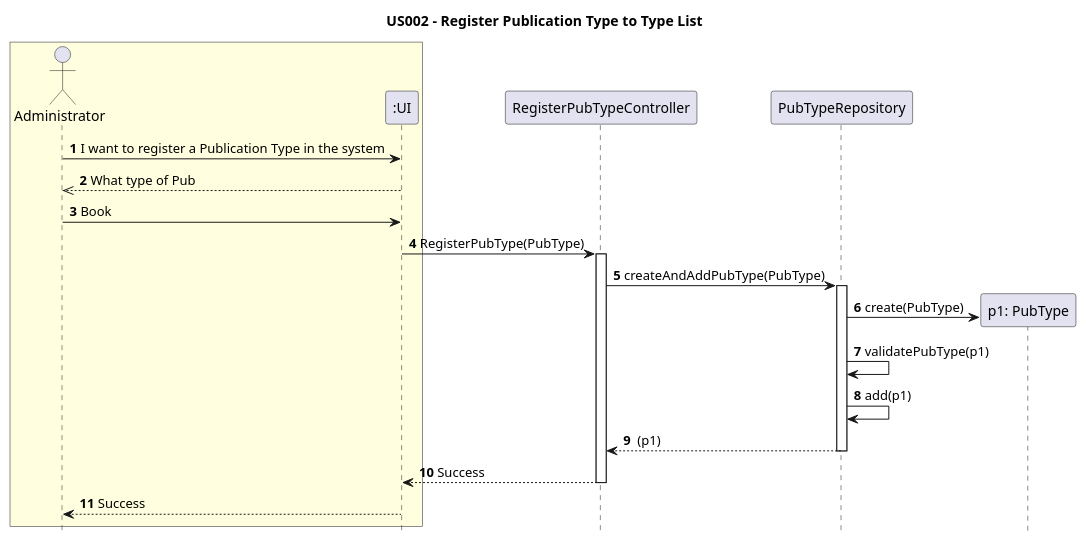
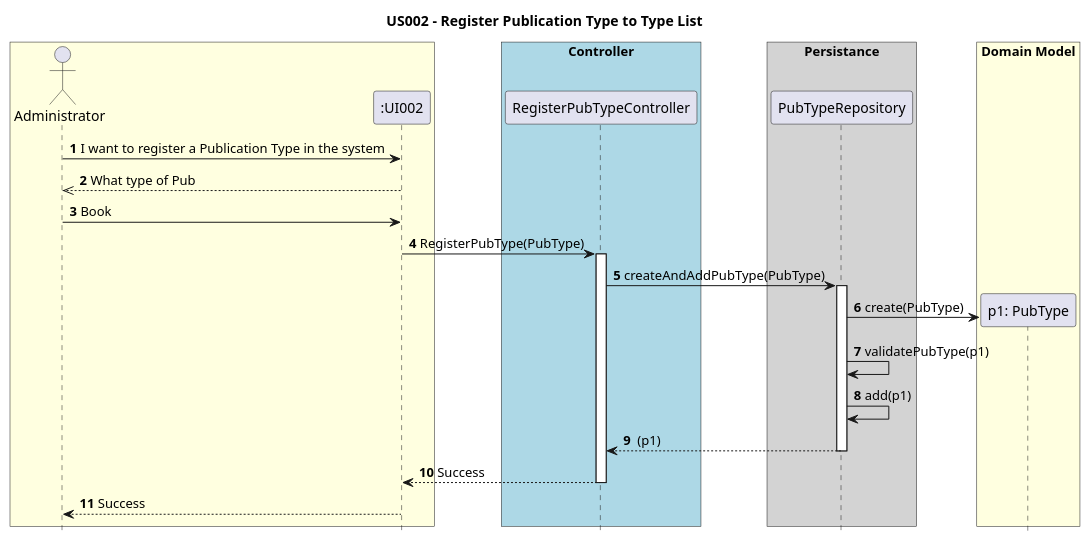
Before and after one commit to AndrePereiraGitH/SWitCH-Project-Team_A: the diagram in Diagrams/SequenceDiagrams/N2/US002 To Add a publication type to type list.puml, drawn with PlantUML. The commit also changed 3 other files, not shown here.

```diff
--- a/Diagrams/SequenceDiagrams/N2/US002 To Add a publication type to type list.puml
+++ b/Diagrams/SequenceDiagrams/N2/US002 To Add a publication type to type list.puml
@@ -1,43 +1,49 @@
 @startuml
 hide footbox
 title US002 - Register Publication Type to Type List
 
 box #Lightyellow
 actor Administrator
-participant ":UI" as UI
+participant ":UI002" as UI
 end box
 
 
 ' Human contact between Administrator and UI
 Administrator -> UI : **1** I want to register a Publication Type in the system
 UI -->> Administrator : **2** What type of Pub
 Administrator -> UI : **3** Book
 
 ' First contact between UI and the System
+box "Controller" #LightBlue
 UI -> RegisterPubTypeController : **4** RegisterPubType(PubType)
 activate RegisterPubTypeController
+end box
 
+box "Persistance" #LightGrey
 RegisterPubTypeController -> PubTypeRepository : **5** createAndAddPubType(PubType)
 activate PubTypeRepository
+end box
+
+box "Domain Model" #LightYellow
 ' Creation of p1 instance from User class
 create "p1: PubType" as PubType
-
+end box
 
 ' Creation, validation and addition
 PubTypeRepository -> PubType : **6** create(PubType)
 PubTypeRepository -> PubTypeRepository : **7** validatePubType(p1)
 PubTypeRepository -> PubTypeRepository : **8** add(p1)
 
 
 ' Return from PubTypeRepository to RegisterPubTypeController
 PubTypeRepository --> RegisterPubTypeController : **9**  (p1)
 deactivate PubTypeRepository
 
 ' Return from RegisterUserController to UI
 RegisterPubTypeController --> UI : **10** Success
 deactivate RegisterPubTypeController
 
 ' Return from UI to Administrator
 UI --> Administrator : **11** Success
 
 @enduml
```
